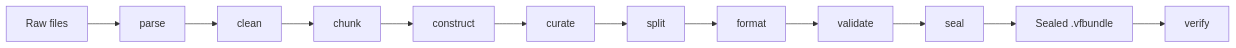
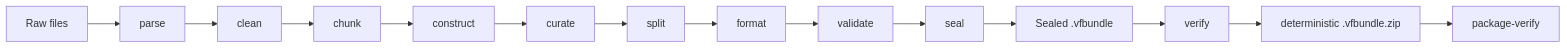
Before and after one commit to ogprotege/Veriformis: the diagram in README.md, drawn with Mermaid. The commit also changed other lines of this file and 42 other files, not shown here.

````diff
--- a/README.md
+++ b/README.md
@@ -27,7 +27,8 @@
 ```mermaid
 flowchart LR
     raw[Raw files] --> parse[parse] --> clean[clean] --> chunk[chunk]
     chunk --> construct[construct] --> curate[curate] --> split[split]
     split --> format[format] --> validate[validate] --> seal[seal]
     seal --> bundle[Sealed .vfbundle] --> verify[verify]
+    verify --> package[deterministic .vfbundle.zip] --> packageVerify[package-verify]
 ```
````
